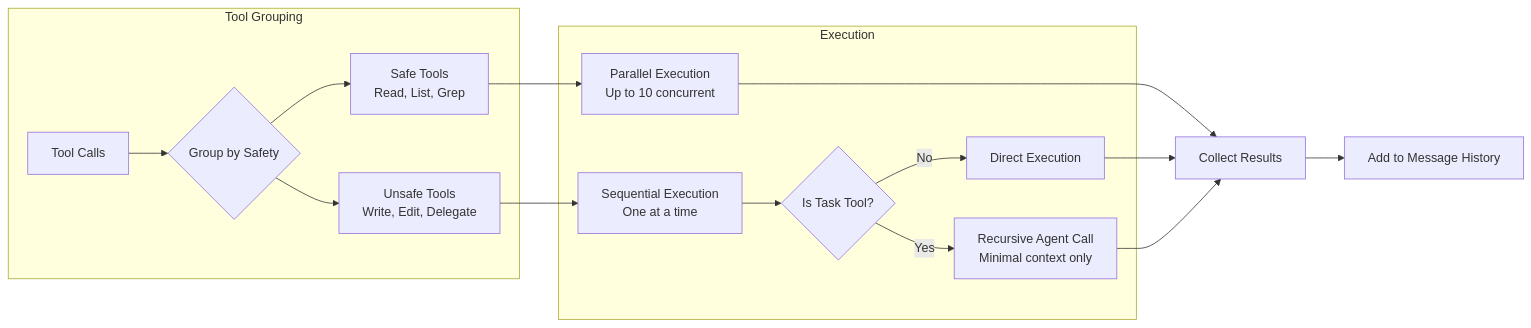
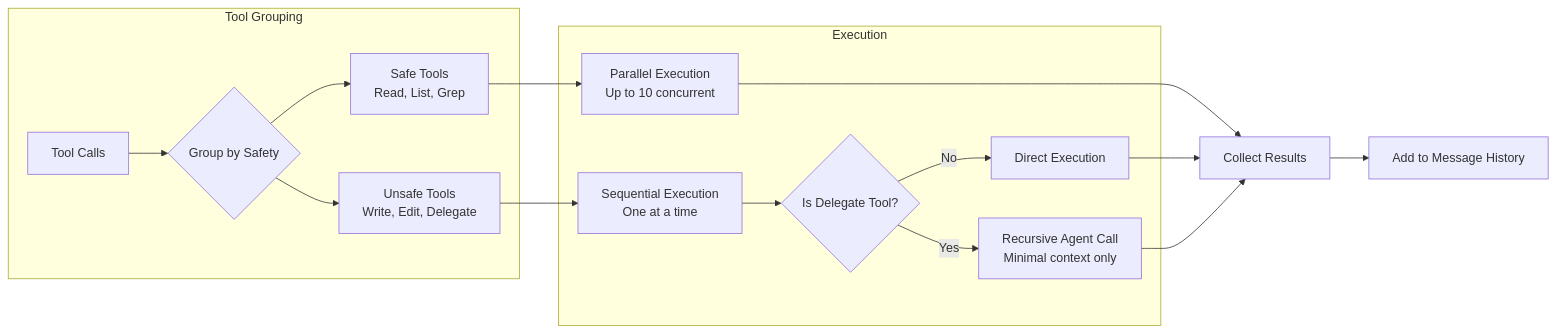
The third of 3 diagrams in README.md (nielspeter/agent-orchestration-system), drawn with Mermaid before and after one commit. The commit also changed other lines of this file and 12 other files, not shown here.

First line of the commit message:
fix: complete all remaining Task tool references

````diff
--- a/README.md
+++ b/README.md
@@ -579,22 +579,22 @@
 ```mermaid
 flowchart LR
     subgraph "Tool Grouping"
         Tools[Tool Calls] --> Group{Group by Safety}
         Group --> Safe[Safe Tools<br/>Read, List, Grep]
         Group --> Unsafe[Unsafe Tools<br/>Write, Edit, Delegate]
     end
     
     subgraph "Execution"
         Safe --> Parallel[Parallel Execution<br/>Up to 10 concurrent]
         Unsafe --> Sequential[Sequential Execution<br/>One at a time]
-        Sequential --> Delegate{Is Task Tool?}
+        Sequential --> Delegate{Is Delegate Tool?}
         Delegate -->|Yes| Recursive[Recursive Agent Call<br/>Minimal context only]
         Delegate -->|No| Direct[Direct Execution]
     end
     
     Parallel --> Results[Collect Results]
     Direct --> Results
     Recursive --> Results
     
     Results --> Messages[Add to Message History]
 ```
````
